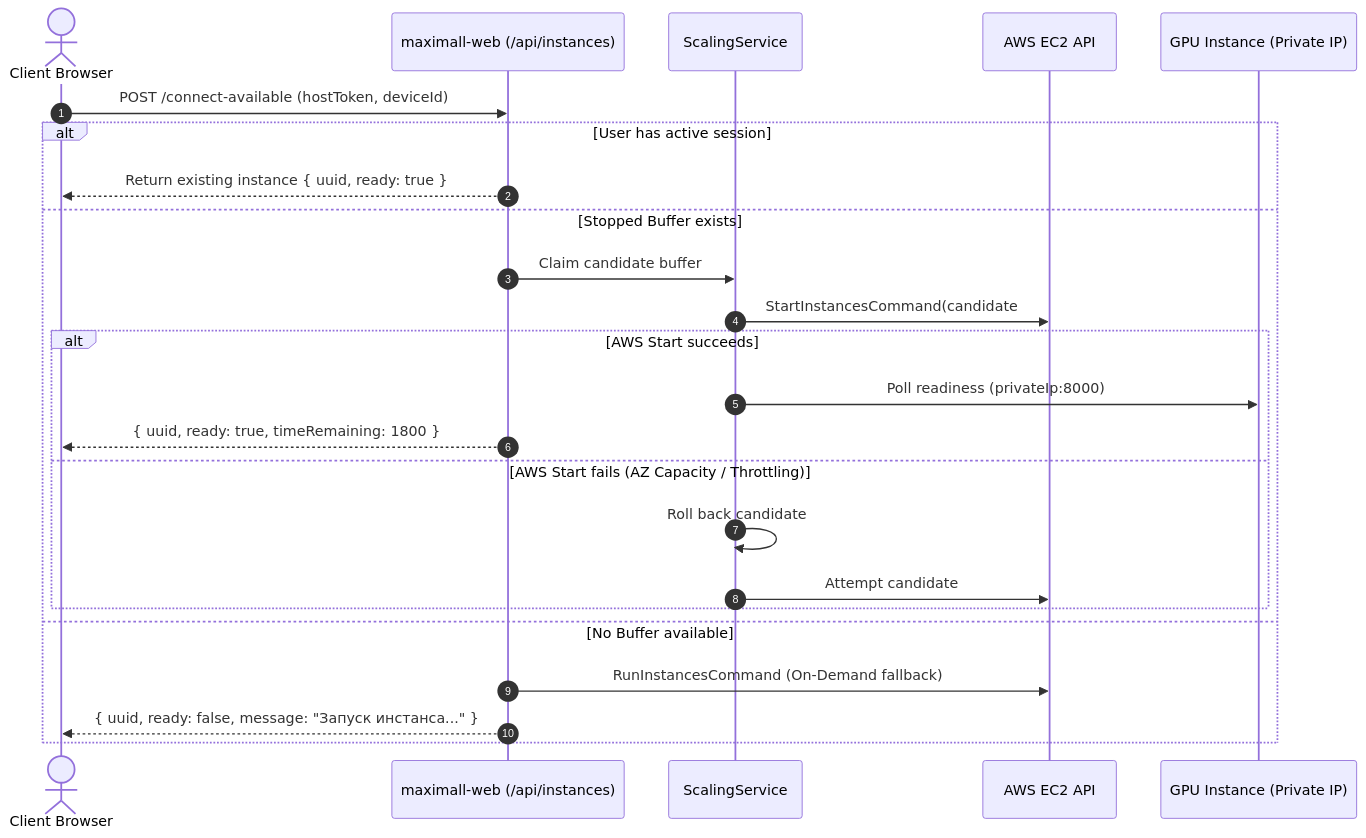
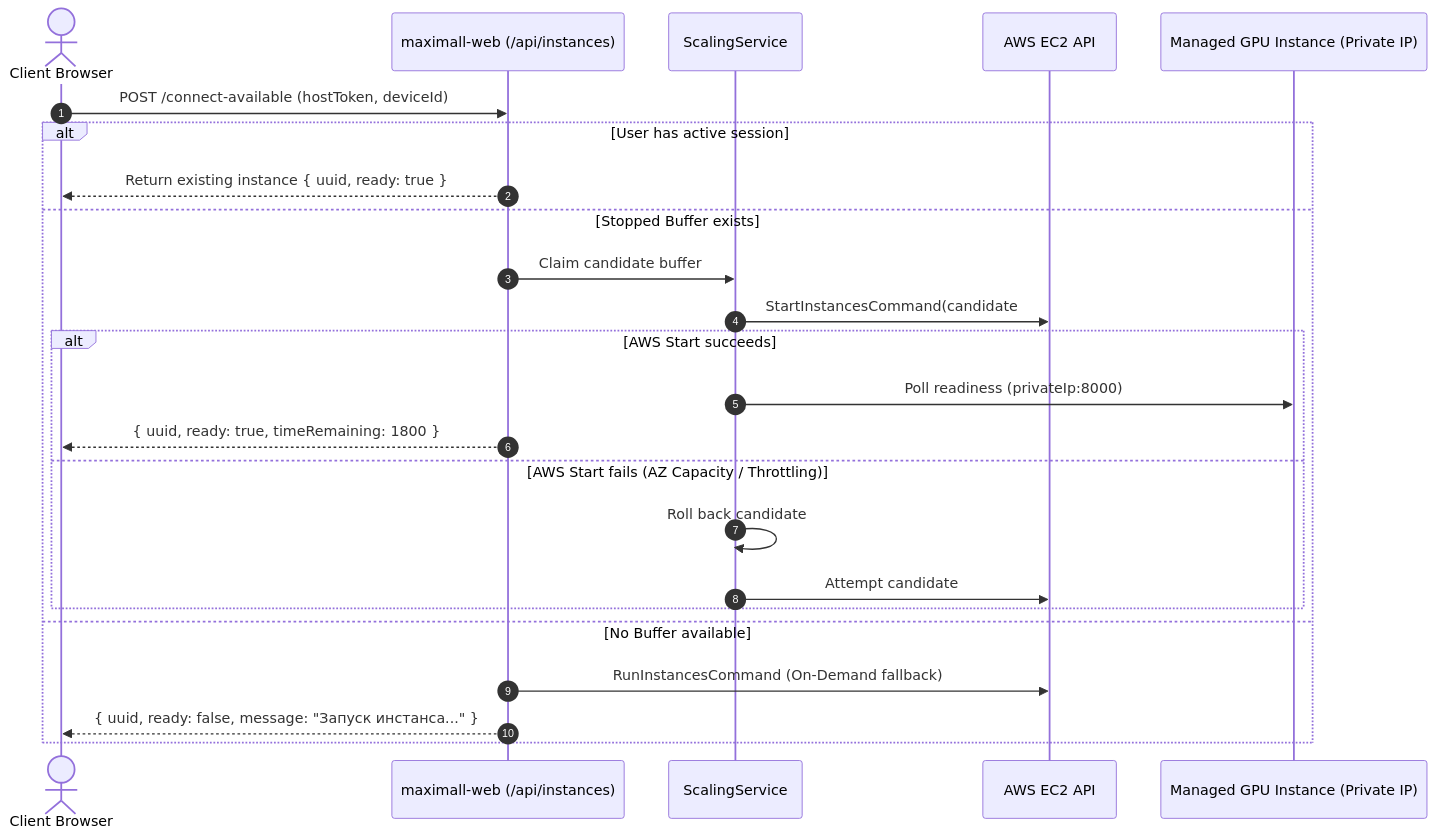
Before and after one commit to adavtyan815-art/maximall-web: the second of 2 diagrams in docs/MAXIMALL_WEB_GUIDE.md, drawn with Mermaid. The commit also changed other lines of this file and 1 other file, not shown here.

Commit message:
docs: clarify repository boundaries and orchestrator host vs managed GPU fleet

````diff
--- a/docs/MAXIMALL_WEB_GUIDE.md
+++ b/docs/MAXIMALL_WEB_GUIDE.md
@@ -218,27 +221,27 @@
 ```mermaid
 sequenceDiagram
     autonumber
     actor User as Client Browser
     participant API as maximall-web (/api/instances)
     participant Pool as ScalingService
     participant AWS as AWS EC2 API
-    participant GPU as GPU Instance (Private IP)
+    participant GPU as Managed GPU Instance (Private IP)
 
     User->>API: POST /connect-available (hostToken, deviceId)
     alt User has active session
         API-->>User: Return existing instance { uuid, ready: true }
     else Stopped Buffer exists
         API->>Pool: Claim candidate buffer #1
         Pool->>AWS: StartInstancesCommand(candidate #1)
         alt AWS Start succeeds
             Pool->>GPU: Poll readiness (privateIp:8000)
             API-->>User: { uuid, ready: true, timeRemaining: 1800 }
         else AWS Start fails (AZ Capacity / Throttling)
             Pool->>Pool: Roll back candidate #1 to Buffer
             Pool->>AWS: Attempt candidate #2
         end
     else No Buffer available
         API->>AWS: RunInstancesCommand (On-Demand fallback)
         API-->>User: { uuid, ready: false, message: "Запуск инстанса..." }
     end
 ```
````
